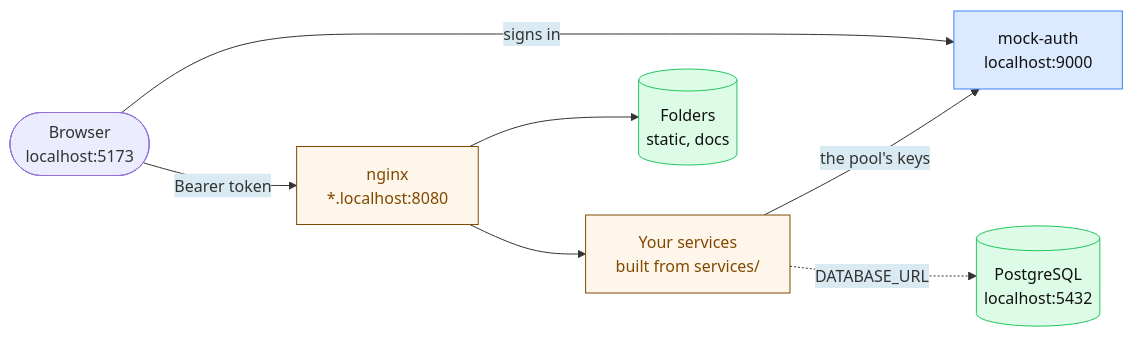
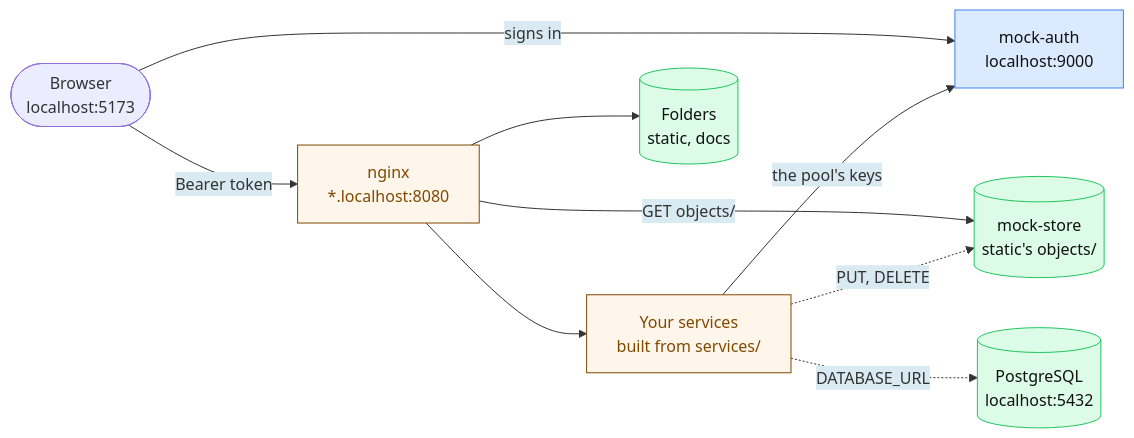
Before and after one commit to tiet-ucs503/bug-bounty: the diagram in docs/onboarding/local-dev.md, drawn with Mermaid. The commit also changed other lines of this file and 31 other files, not shown here.

````diff
--- a/docs/onboarding/local-dev.md
+++ b/docs/onboarding/local-dev.md
@@ -43,27 +43,30 @@
 ``` mermaid
 ---
 config:
   themeVariables:
     edgeLabelBackground: "#d9eaf2"
   themeCSS: ".edgeLabel, .edgeLabel p, .labelBkg { background-color: #d9eaf2 !important; color: #5c7a8a !important; }"
 ---
 flowchart LR
   browser(["Browser<br/>localhost:5173"])
   nginx["nginx<br/>*.localhost:8080"]
   svc["Your services<br/>built from services/"]
   auth["mock-auth<br/>localhost:9000"]
+  store[("mock-store<br/>static's objects/")]
   db[("PostgreSQL<br/>localhost:5432")]
   files[("Folders<br/>static, docs")]
   browser -->|"signs in"| auth
   browser -->|"Bearer token"| nginx
   nginx --> svc
   nginx --> files
+  nginx -->|"GET objects/"| store
+  svc -.->|"PUT, DELETE"| store
   svc -->|"the pool's keys"| auth
   svc -.->|"DATABASE_URL"| db
   classDef network fill:#dbeafe,stroke:#3b82f6,color:#111
   class auth network
   classDef compute fill:#fff6eb,stroke:#804900,color:#804900
   class nginx,svc compute
   classDef storage fill:#dcfce7,stroke:#22c55e,color:#111
-  class db,files storage
+  class db,files,store storage
 ```
````
